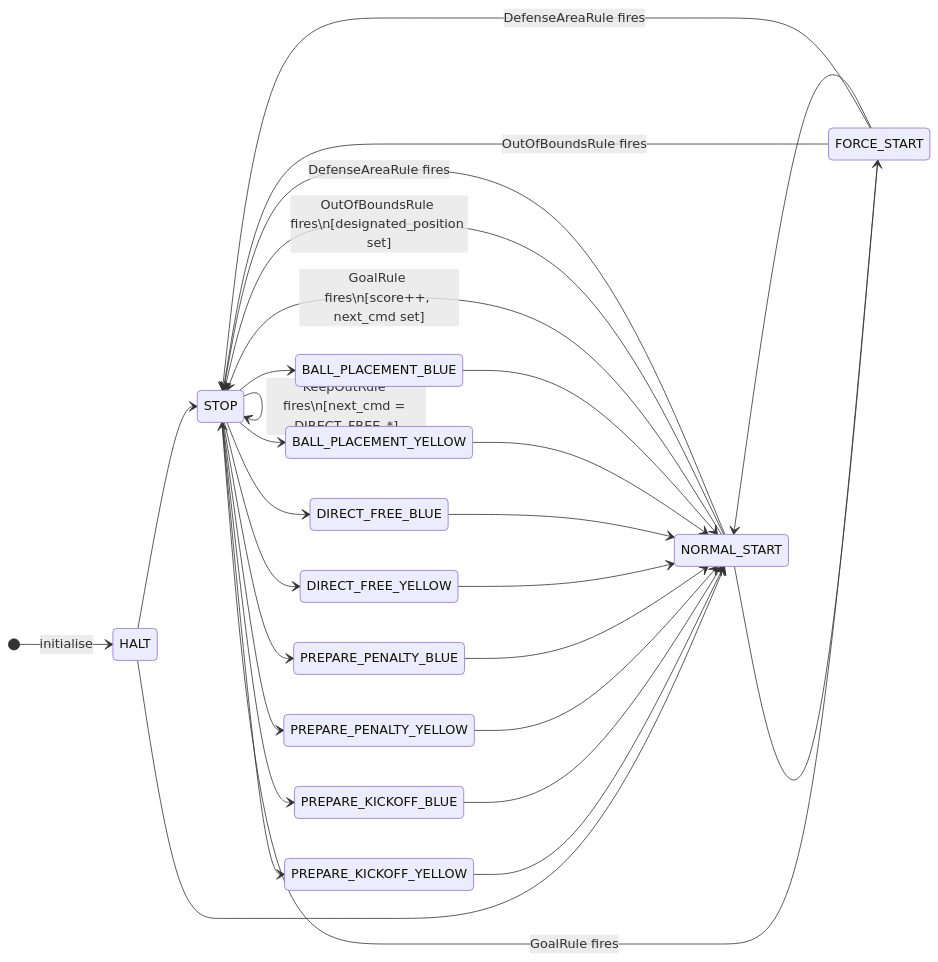
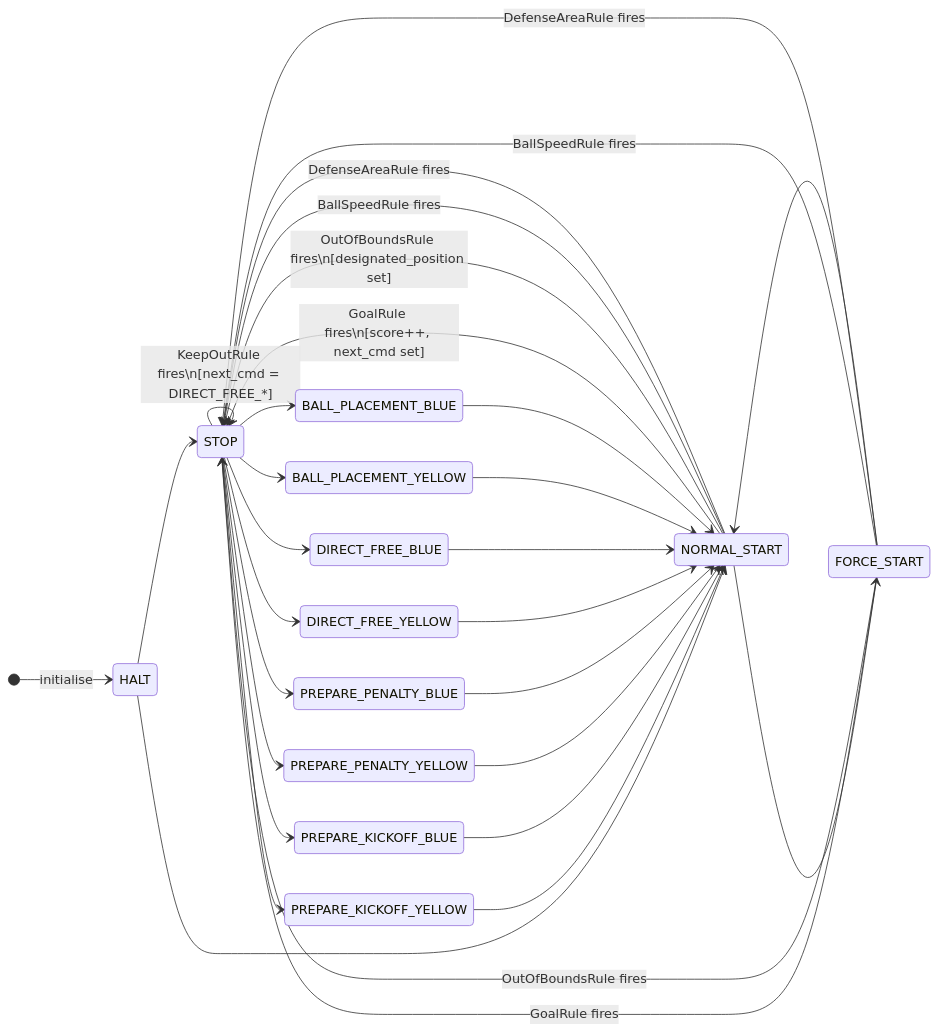
The diagram in docs/custom_referee.md (First-Order-RoboCup-SSL/Utama-Core), drawn with Mermaid before and after one commit. The commit also changed other lines of this file and 7 other files, not shown here.

First line of the commit message:
Add BallSpeedRule to enforce SSL's kick-speed limit

````diff
--- a/docs/custom_referee.md
+++ b/docs/custom_referee.md
@@ -69,39 +70,41 @@
 ```mermaid
 stateDiagram-v2
     direction LR
 
     [*] --> HALT : initialise
 
     HALT --> STOP
     HALT --> NORMAL_START
 
     STOP --> PREPARE_KICKOFF_YELLOW
     STOP --> PREPARE_KICKOFF_BLUE
     STOP --> DIRECT_FREE_YELLOW
     STOP --> DIRECT_FREE_BLUE
     STOP --> PREPARE_PENALTY_YELLOW
     STOP --> PREPARE_PENALTY_BLUE
     STOP --> BALL_PLACEMENT_YELLOW
     STOP --> BALL_PLACEMENT_BLUE
 
     NORMAL_START --> STOP : GoalRule fires\n[score++, next_cmd set]
     NORMAL_START --> STOP : OutOfBoundsRule fires\n[designated_position set]
+    NORMAL_START --> STOP : BallSpeedRule fires
     NORMAL_START --> STOP : DefenseAreaRule fires
     FORCE_START --> STOP : GoalRule fires
     FORCE_START --> STOP : OutOfBoundsRule fires
+    FORCE_START --> STOP : BallSpeedRule fires
     FORCE_START --> STOP : DefenseAreaRule fires
 
     STOP --> STOP : KeepOutRule fires\n[next_cmd = DIRECT_FREE_*]
 
     PREPARE_KICKOFF_YELLOW --> NORMAL_START
     PREPARE_KICKOFF_BLUE --> NORMAL_START
     PREPARE_PENALTY_YELLOW --> NORMAL_START
     PREPARE_PENALTY_BLUE --> NORMAL_START
     DIRECT_FREE_YELLOW --> NORMAL_START
     DIRECT_FREE_BLUE --> NORMAL_START
     BALL_PLACEMENT_YELLOW --> NORMAL_START
     BALL_PLACEMENT_BLUE --> NORMAL_START
 
     NORMAL_START --> FORCE_START
     FORCE_START --> NORMAL_START
 ```
````
